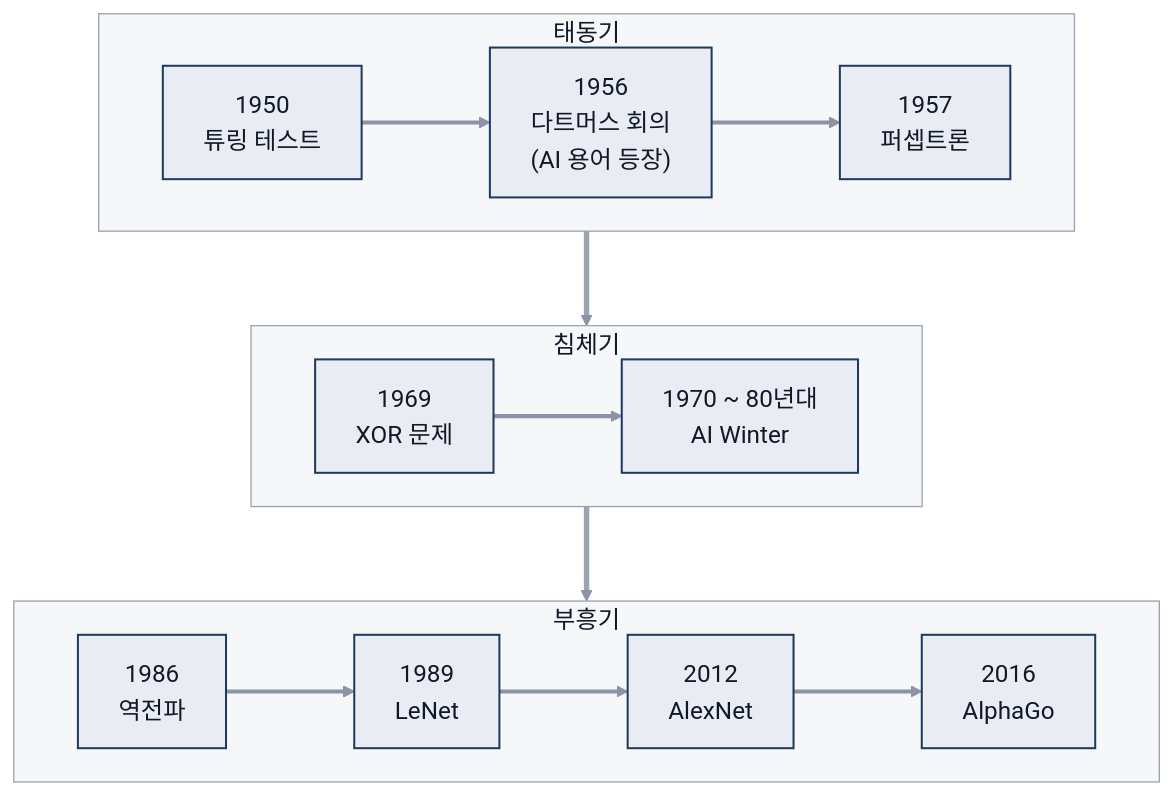
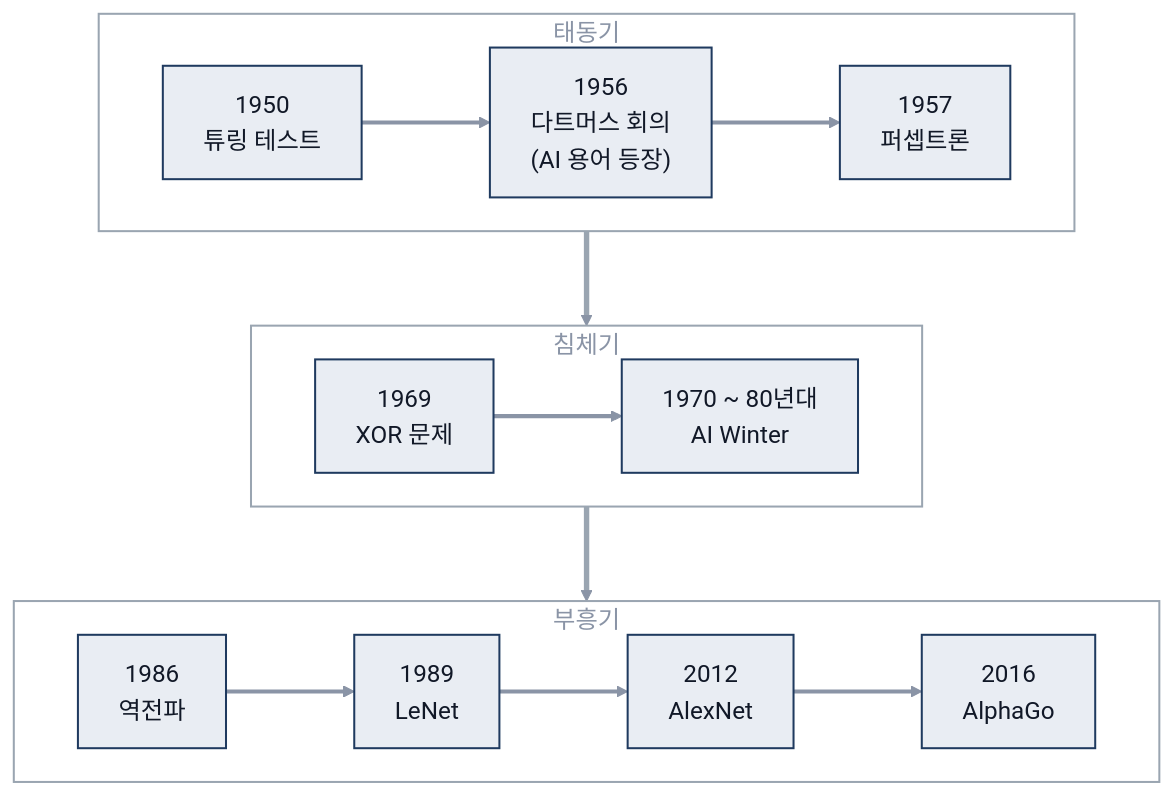
Before and after one commit to Jenny5789/python: the second of 5 diagrams in study_archive/artificial_intelligence/01_ai_basics.md, drawn with Mermaid. The commit also changed other lines of this file and 16 other files, not shown here.

````diff
--- a/study_archive/artificial_intelligence/01_ai_basics.md
+++ b/study_archive/artificial_intelligence/01_ai_basics.md
@@ -41,23 +43,23 @@
 ```mermaid
 %%{init: {'theme': 'base', 'themeVariables': {'fontSize': '18px', 'primaryColor': '#E9EDF3', 'primaryBorderColor': '#1F3A5F', 'primaryTextColor': '#111827', 'lineColor': '#8A94A6', 'secondaryColor': '#F3F4F6', 'tertiaryColor': '#F3F4F6', 'clusterBkg': '#F6F7F9', 'clusterBorder': '#9AA5B1', 'edgeLabelBackground': '#E9EDF3', 'cScale0': '#E9EDF3', 'cScaleLabel0': '#111827', 'cScale1': '#E9EDF3', 'cScaleLabel1': '#111827', 'cScale2': '#E9EDF3', 'cScaleLabel2': '#111827', 'cScale3': '#E9EDF3', 'cScaleLabel3': '#111827', 'cScale4': '#E9EDF3', 'cScaleLabel4': '#111827', 'cScale5': '#E9EDF3', 'cScaleLabel5': '#111827', 'cScale6': '#E9EDF3', 'cScaleLabel6': '#111827', 'cScale7': '#E9EDF3', 'cScaleLabel7': '#111827', 'cScale8': '#E9EDF3', 'cScaleLabel8': '#111827', 'cScale9': '#E9EDF3', 'cScaleLabel9': '#111827', 'cScale10': '#E9EDF3', 'cScaleLabel10': '#111827', 'cScale11': '#E9EDF3', 'cScaleLabel11': '#111827'}, 'flowchart': {'nodeSpacing': 30, 'rankSpacing': 70}}}%%
 flowchart TD
   classDef default fill:#E9EDF3,stroke:#1F3A5F,stroke-width:1.5px,color:#111827
   linkStyle default stroke:#8A94A6,stroke-width:3px,color:#111827
   subgraph S1["태동기"]
     direction LR
     A1["1950<br/>튜링 테스트"] --> A2["1956<br/>다트머스 회의<br/>(AI 용어 등장)"] --> A3["1957<br/>퍼셉트론"]
   end
   subgraph S2["침체기"]
     direction LR
     B1["1969<br/>XOR 문제"] --> B2["1970 ~ 80년대<br/>AI Winter"]
   end
   subgraph S3["부흥기"]
     direction LR
     C1["1986<br/>역전파"] --> C2["1989<br/>LeNet"] --> C3["2012<br/>AlexNet"] --> C4["2016<br/>AlphaGo"]
   end
   S1 --> S2 --> S3
-  style S1 fill:#F6F7F9,stroke:#9AA5B1,color:#111827
-  style S2 fill:#F6F7F9,stroke:#9AA5B1,color:#111827
-  style S3 fill:#F6F7F9,stroke:#9AA5B1,color:#111827
+  style S1 fill:none,stroke:#9AA5B1,stroke-width:1.5px,color:#8A94A6
+  style S2 fill:none,stroke:#9AA5B1,stroke-width:1.5px,color:#8A94A6
+  style S3 fill:none,stroke:#9AA5B1,stroke-width:1.5px,color:#8A94A6
   linkStyle 6,7 stroke:#9AA5B1,stroke-width:4px
 ```
````
